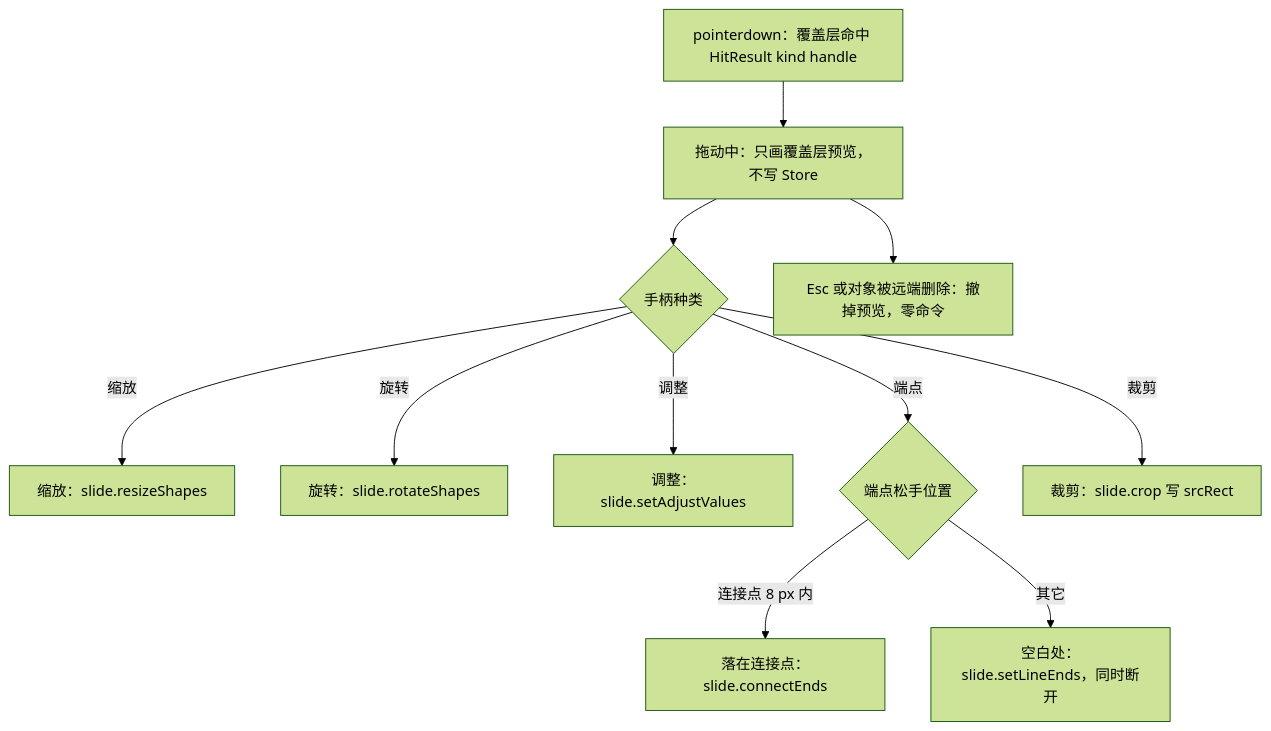
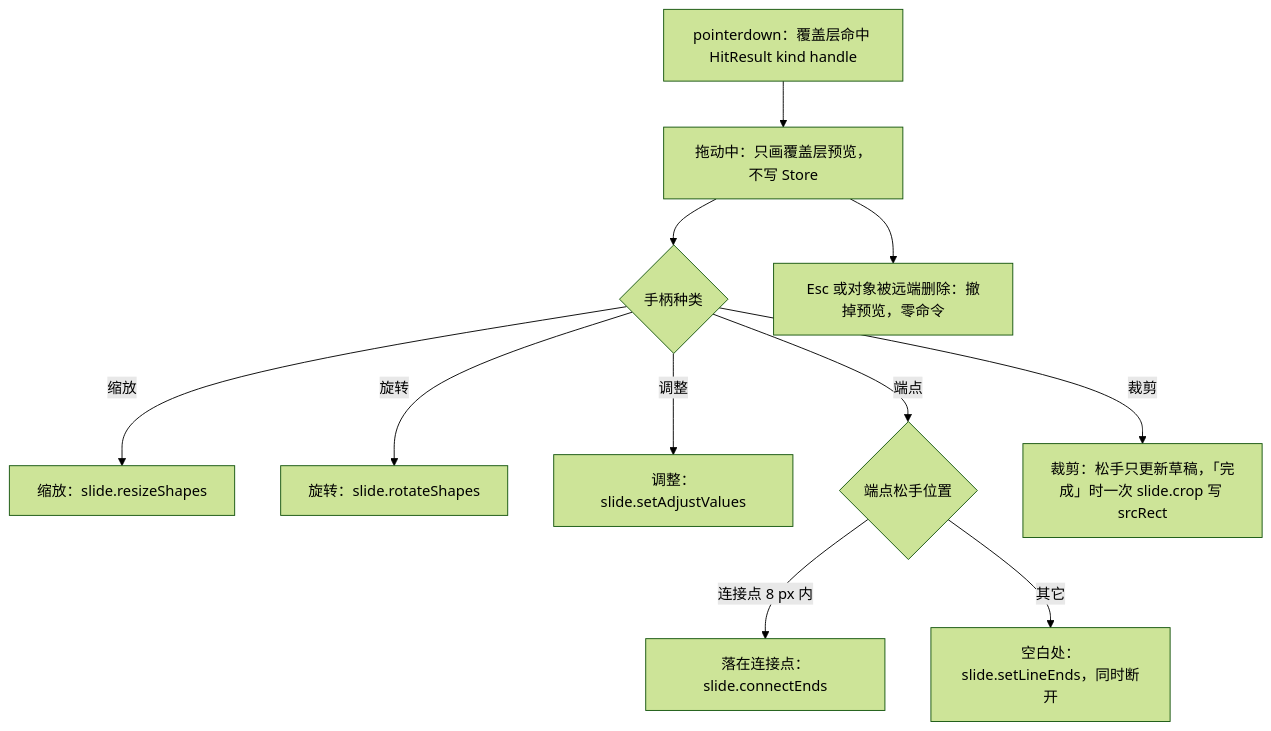
One commit to Xeonice/cordis-ppt-editor changed the eighth of 10 diagrams in docs/50-frontend/10-editor-shell-and-interaction.md. Above: the diagram before and after it, drawn with Mermaid (forest theme). The commit also changed other lines of this file and 25 other files, not shown here.

````diff
--- a/docs/50-frontend/10-editor-shell-and-interaction.md
+++ b/docs/50-frontend/10-editor-shell-and-interaction.md
@@ -464,24 +571,24 @@
 ```mermaid
 flowchart TB
   hit["pointerdown：覆盖层命中 HitResult kind handle"]
   which{"手柄种类"}
   resize["缩放：slide.resizeShapes"]
   rotate["旋转：slide.rotateShapes"]
   adjust["调整：slide.setAdjustValues"]
   endpoint{"端点松手位置"}
   connect["落在连接点：slide.connectEnds"]
   lineEnds["空白处：slide.setLineEnds，同时断开"]
-  crop["裁剪：slide.crop 写 srcRect"]
+  crop["裁剪：松手只更新草稿，「完成」时一次 slide.crop 写 srcRect"]
   preview["拖动中：只画覆盖层预览，不写 Store"]
   cancel["Esc 或对象被远端删除：撤掉预览，零命令"]
   hit --> preview
   preview --> which
   preview --> cancel
   which -->|"缩放"| resize
   which -->|"旋转"| rotate
   which -->|"调整"| adjust
   which -->|"端点"| endpoint
   which -->|"裁剪"| crop
   endpoint -->|"连接点 8 px 内"| connect
   endpoint -->|"其它"| lineEnds
 ```
````
